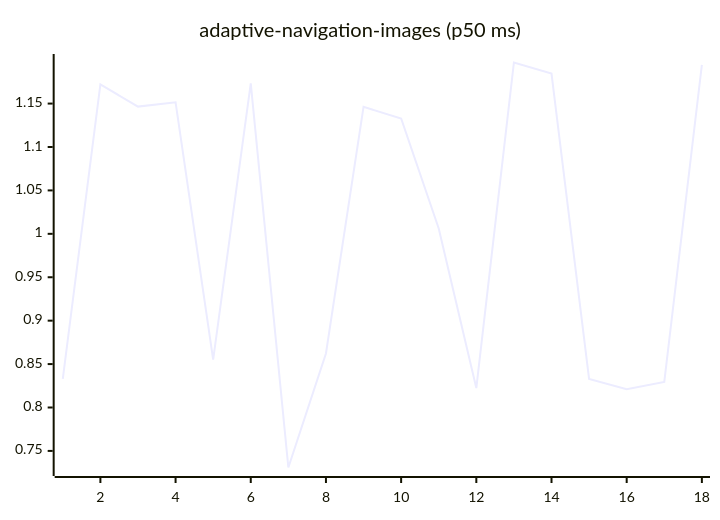
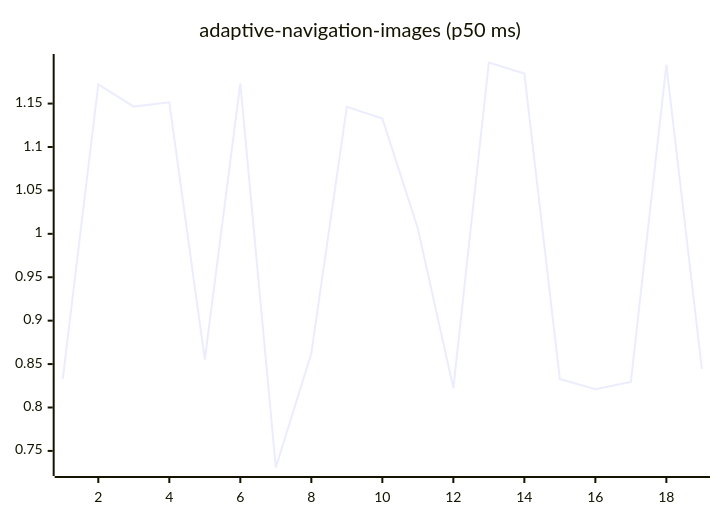
Before and after one commit to josha/Facet: the first of 27 diagrams in README.md, drawn with Mermaid. The commit also changed other lines of this file and 2 other files, not shown here.

````diff
--- a/README.md
+++ b/README.md
@@ -63,6 +63,6 @@
 ```mermaid
 xychart-beta
     title "adaptive-navigation-images (p50 ms)"
-    x-axis 1 --> 18
-    line [0.8330, 1.1721, 1.1465, 1.1515, 0.8551, 1.1733, 0.7309, 0.8622, 1.1462, 1.1328, 1.0062, 0.8224, 1.1973, 1.1845, 0.8328, 0.8211, 0.8295, 1.1947]
+    x-axis 1 --> 19
+    line [0.8330, 1.1721, 1.1465, 1.1515, 0.8551, 1.1733, 0.7309, 0.8622, 1.1462, 1.1328, 1.0062, 0.8224, 1.1973, 1.1845, 0.8328, 0.8211, 0.8295, 1.1947, 0.8446]
 ```
````
